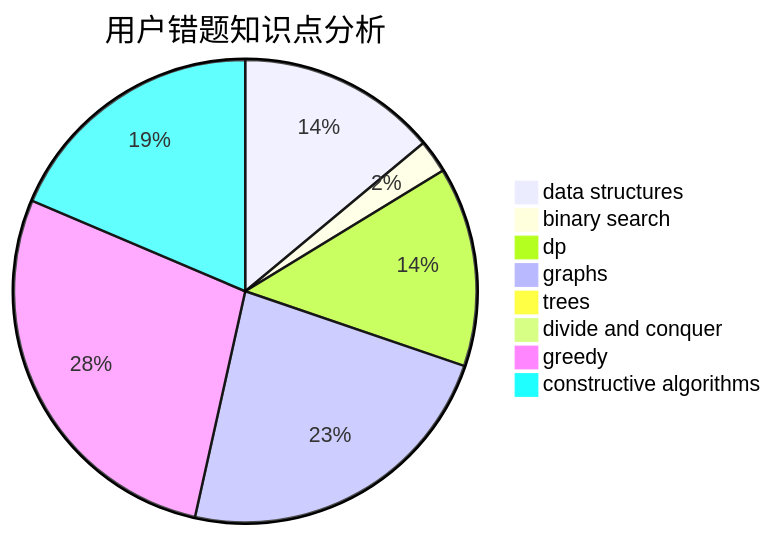
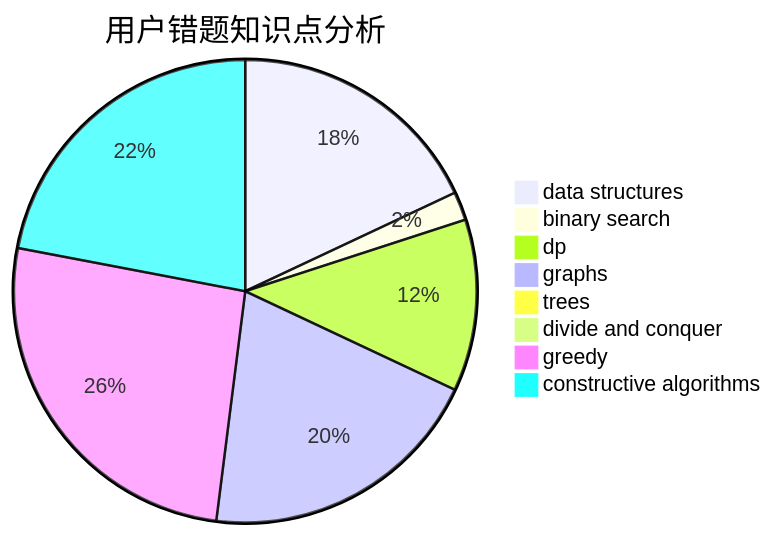
Before and after one commit to sherpahu/cfrs.github.io: the third of 3 diagrams in docs/user/u486.md, drawn with Mermaid. The commit also changed other lines of this file and 2770 other files, not shown here.

````diff
--- a/docs/user/u486.md
+++ b/docs/user/u486.md
@@ -36,11 +36,11 @@
 ```mermaid
 pie title 用户错题知识点分析
-    "data structures" :  6
+    "data structures" :  9
     "binary search" :  1
     "dp" :  6
     "graphs" :  10
     "trees" :  0
     "divide and conquer" :  0
-    "greedy" :  12
-    "constructive algorithms" :  8
+    "greedy" :  13
+    "constructive algorithms" :  11
 ```
````
